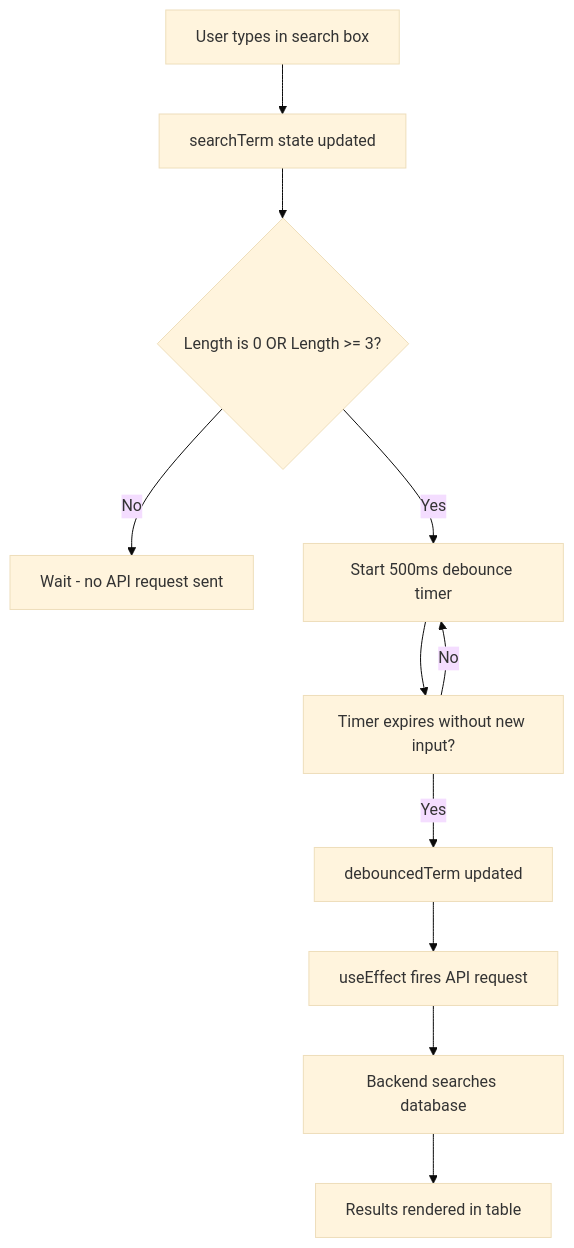
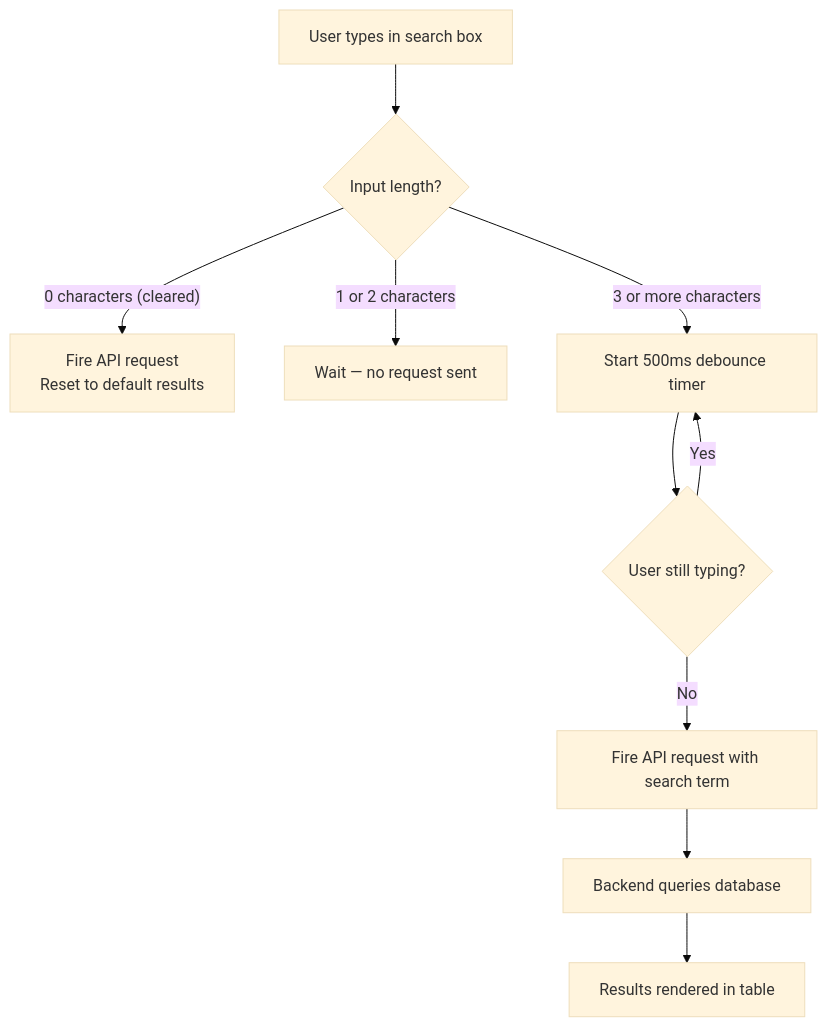
One commit to paldhaduk7-png/Mini-Placement-Portal changed the tenth of 11 diagrams in README.md. Above: the diagram before and after it, drawn with Mermaid (base theme). The commit also changed other lines of this file, not shown here.

Commit message:
docs: Improve README diagrams and workflow explanations

````diff
--- a/README.md
+++ b/README.md
@@ -551,13 +617,12 @@
 ```mermaid
 flowchart TD
-    A[User types in search box] --> B[searchTerm state updated]
-    B --> C{Length is 0 OR Length >= 3?}
-    C -- No --> D[Wait - no API request sent]
-    C -- Yes --> E[Start 500ms debounce timer]
-    E --> F[Timer expires without new input?]
-    F -- No --> E
-    F -- Yes --> G[debouncedTerm updated]
-    G --> H[useEffect fires API request]
-    H --> I[Backend searches database]
-    I --> J[Results rendered in table]
+    A[User types in search box] --> B{Input length?}
+    B -- "0 characters (cleared)" --> C[Fire API request\nReset to default results]
+    B -- "1 or 2 characters" --> D[Wait — no request sent]
+    B -- "3 or more characters" --> E[Start 500ms debounce timer]
+    E --> F{User still typing?}
+    F -- Yes --> E
+    F -- No --> G[Fire API request with search term]
+    G --> H[Backend queries database]
+    H --> I[Results rendered in table]
 ```
````
